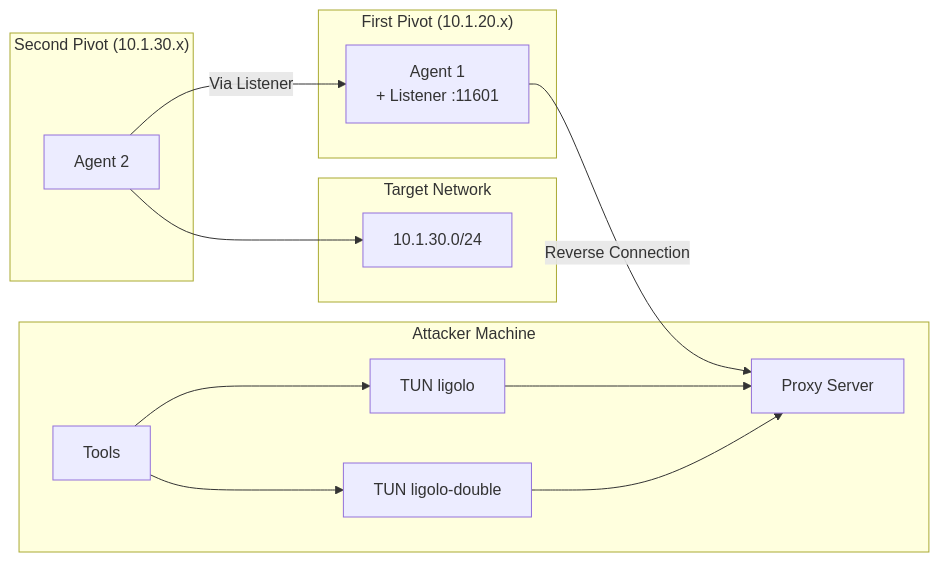
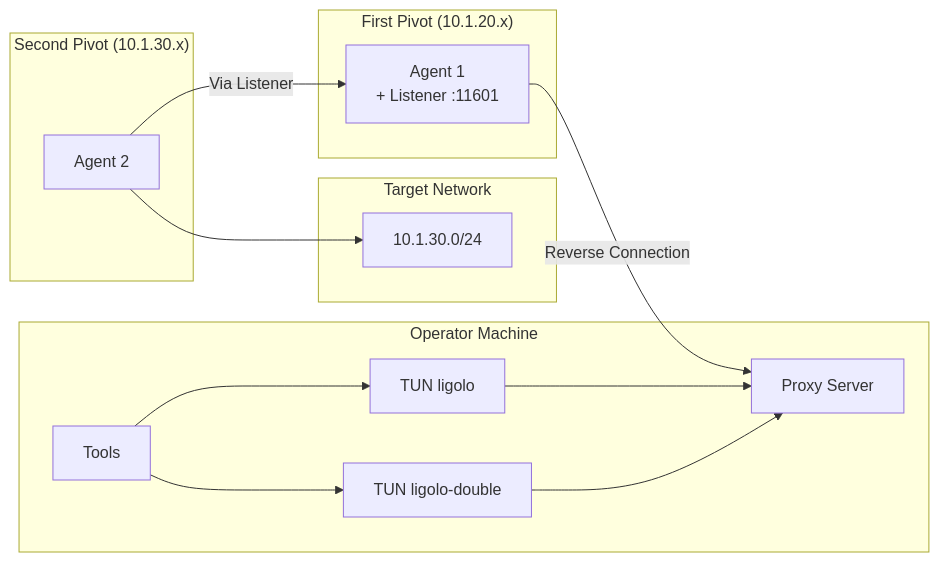
One commit to postalsys/Muti-Metroo changed the third of 5 diagrams in docs/docs/comparisons/vs-ligolo-ng.md. Above: the diagram before and after it, drawn with Mermaid. The commit also changed other lines of this file and 4 other files, not shown here.

````diff
--- a/docs/docs/comparisons/vs-ligolo-ng.md
+++ b/docs/docs/comparisons/vs-ligolo-ng.md
@@ -142,27 +142,27 @@
 ```mermaid
 flowchart LR
-    subgraph Attacker["Attacker Machine"]
+    subgraph Operator["Operator Machine"]
         Tools[Tools]
         TUN1[TUN ligolo]
         TUN2[TUN ligolo-double]
         Proxy[Proxy Server]
     end
 
     subgraph DMZ["First Pivot (10.1.20.x)"]
         Agent1[Agent 1<br/>+ Listener :11601]
     end
 
     subgraph Internal["Second Pivot (10.1.30.x)"]
         Agent2[Agent 2]
     end
 
     subgraph Target["Target Network"]
         Final[10.1.30.0/24]
     end
 
     Tools --> TUN1 & TUN2
     TUN1 & TUN2 --> Proxy
     Agent1 -->|"Reverse Connection"| Proxy
     Agent2 -->|"Via Listener"| Agent1
     Agent2 --> Final
 ```
````
